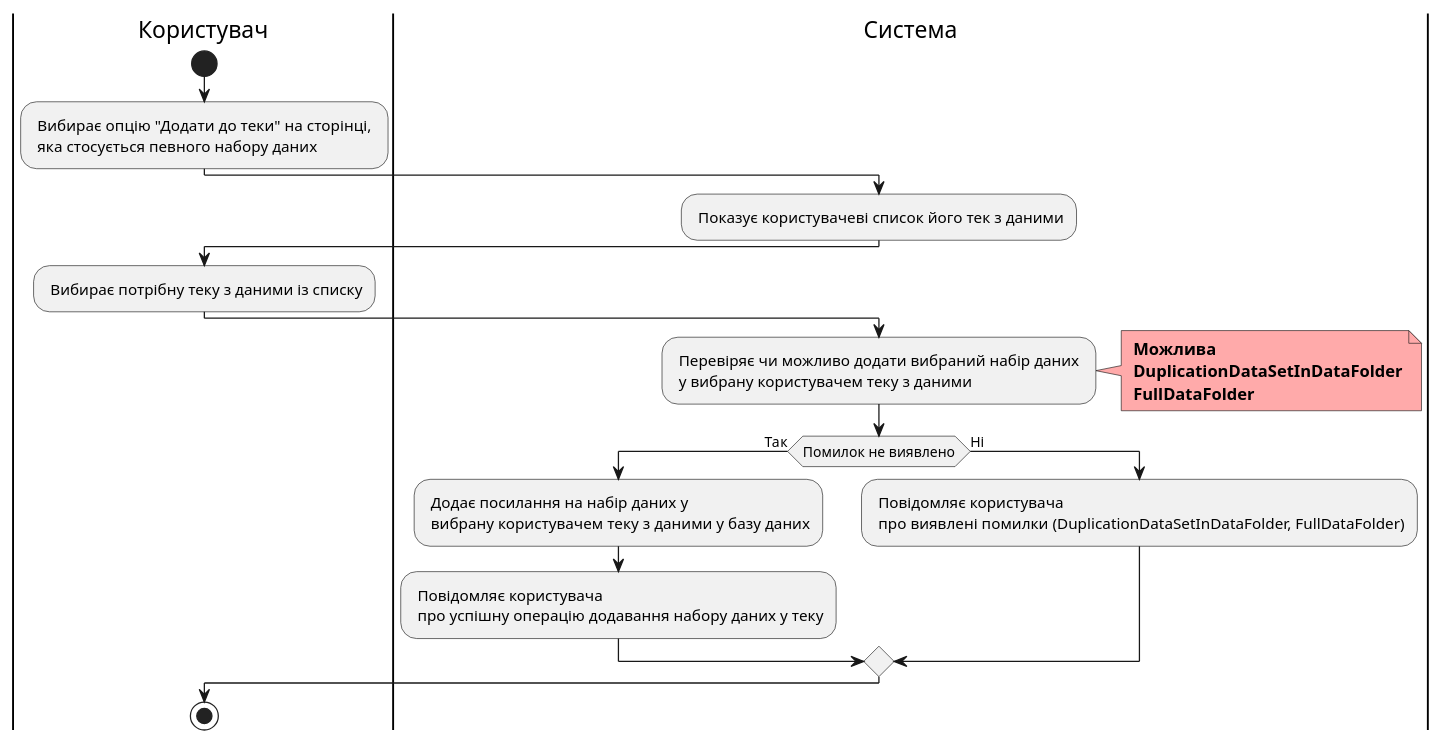
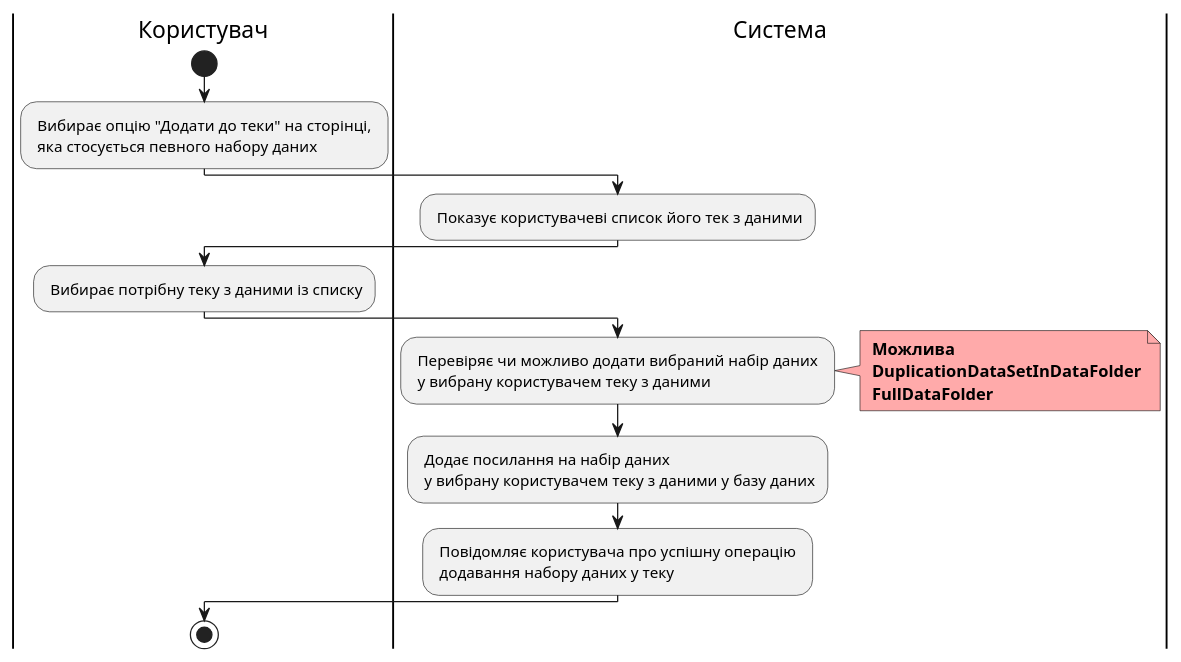
Diagram 16 of 19 in docs/use cases/README.md (edu-db/edu_db_labs), drawn with PlantUML before and after one commit.

```diff
--- a/docs/use cases/README.md
+++ b/docs/use cases/README.md
@@ -620,31 +620,28 @@
 @startuml
 
     |Користувач|
     start;
     : Вибирає опцію "Додати до теки" на сторінці, \n яка стосується певного набору даних;
 
     |Система|
     : Показує користувачеві список його тек з даними;
 
     |Користувач|
     : Вибирає потрібну теку з даними із списку;
 
     |Система|
     : Перевіряє чи можливо додати вибраний набір даних \n у вибрану користувачем теку з даними;
     note right #ffaaaa
     <b> Можлива
     <b> DuplicationDataSetInDataFolder
     <b> FullDataFolder
     end note
 
-    if (Помилок не виявлено) then (Так)
-    : Додає посилання на набір даних у \n вибрану користувачем теку з даними у базу даних;
-    : Повідомляє користувача \n про успішну операцію додавання набору даних у теку;
-    else (Ні)
-    : Повідомляє користувача \n про виявлені помилки (DuplicationDataSetInDataFolder, FullDataFolder);
-    endif
+    |Система|
+    : Додає посилання на набір даних \n у вибрану користувачем теку з даними у базу даних;
+    : Повідомляє користувача про успішну операцію \n додавання набору даних у теку;
 
     |Користувач|
     stop;
 
 @enduml
```
